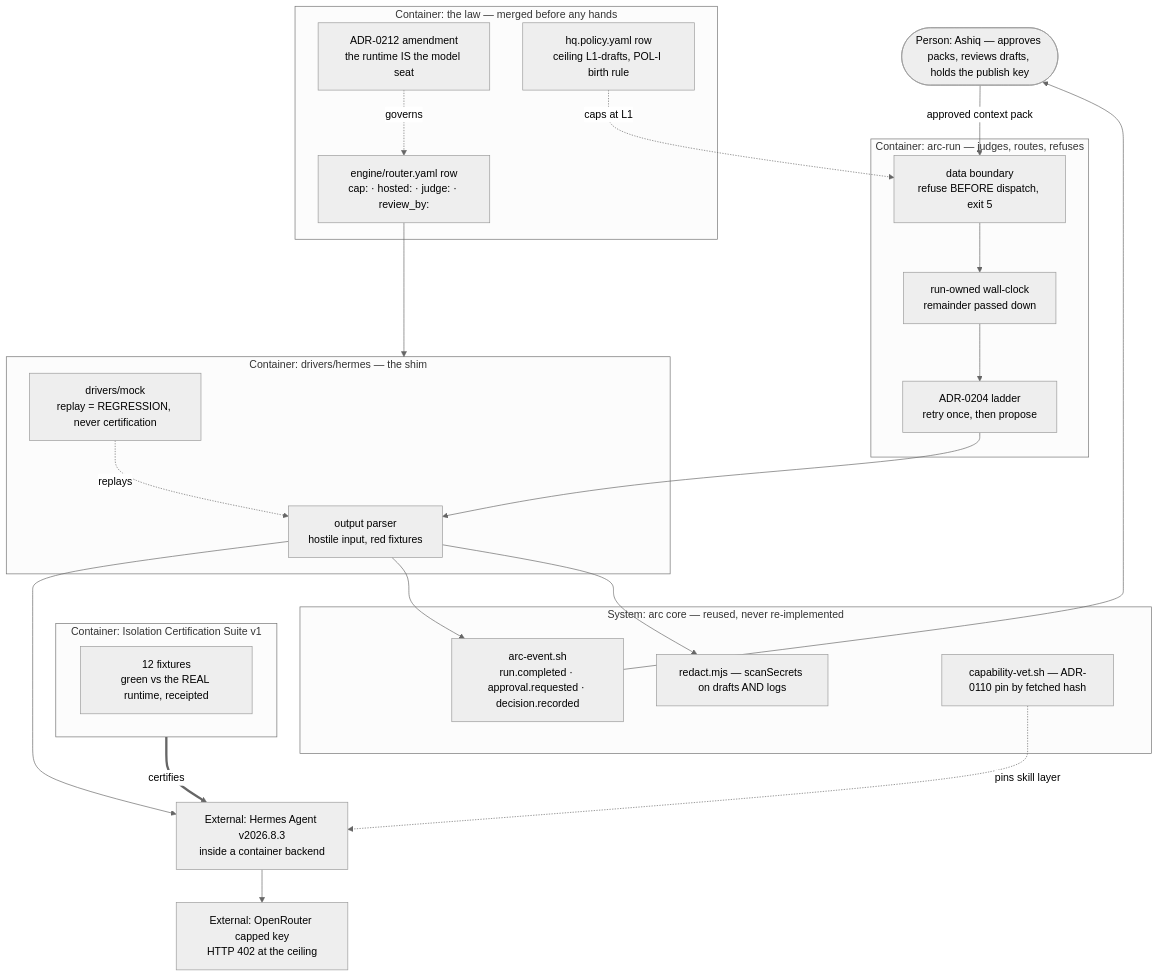
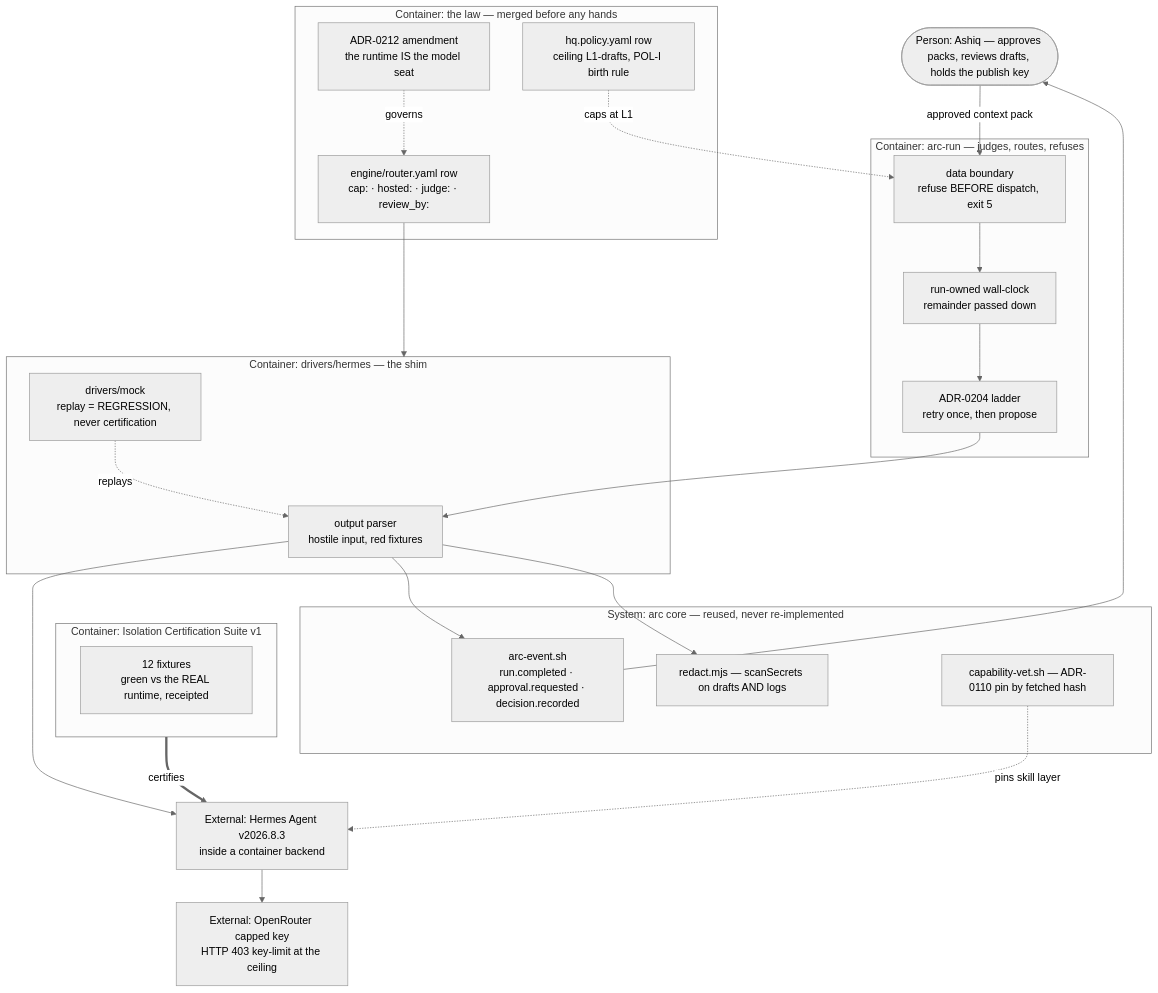
The diagram in initiatives/engine/PLAN.md (technology-ashiq/arc), drawn with Mermaid (neutral theme) before and after one commit. The commit also changed other lines of this file and 4 other files, not shown here.

````diff
--- a/initiatives/engine/PLAN.md
+++ b/initiatives/engine/PLAN.md
@@ -155,48 +155,48 @@
 ```mermaid
 flowchart TB
   ashiq([Person: Ashiq — approves packs, reviews drafts, holds the publish key])
 
   subgraph gov [Container: the law — merged before any hands]
     amend[ADR-0212 amendment<br/>the runtime IS the model seat]
     policy[hq.policy.yaml row<br/>ceiling L1-drafts, POL-I birth rule]
     router[engine/router.yaml row<br/>cap: · hosted: · judge: · review_by:]
   end
 
   subgraph run [Container: arc-run — judges, routes, refuses]
     boundary[data boundary<br/>refuse BEFORE dispatch, exit 5]
     budget[run-owned wall-clock<br/>remainder passed down]
     ladder[ADR-0204 ladder<br/>retry once, then propose]
   end
 
   subgraph shim [Container: drivers/hermes — the shim]
     parse[output parser<br/>hostile input, red fixtures]
     mockd[drivers/mock<br/>replay = REGRESSION, never certification]
   end
 
   subgraph cert [Container: Isolation Certification Suite v1]
     fix[12 fixtures<br/>green vs the REAL runtime, receipted]
   end
 
   subgraph core [System: arc core — reused, never re-implemented]
     spine[arc-event.sh<br/>run.completed · approval.requested · decision.recorded]
     redact[redact.mjs — scanSecrets on drafts AND logs]
     vet[capability-vet.sh — ADR-0110 pin by fetched hash]
   end
 
   rt[External: Hermes Agent v2026.8.3<br/>inside a container backend]
-  key[External: OpenRouter capped key<br/>HTTP 402 at the ceiling]
+  key[External: OpenRouter capped key<br/>HTTP 403 key-limit at the ceiling]
 
   ashiq -->|approved context pack| boundary
   boundary --> budget --> ladder --> parse
   parse --> rt
   rt --> key
   vet -.pins skill layer.-> rt
   cert ==>|certifies| rt
   mockd -.replays.-> parse
   parse --> spine
   parse --> redact
   amend -.governs.-> router
   policy -.caps at L1.-> boundary
   router --> shim
   spine --> ashiq
 ```
````
